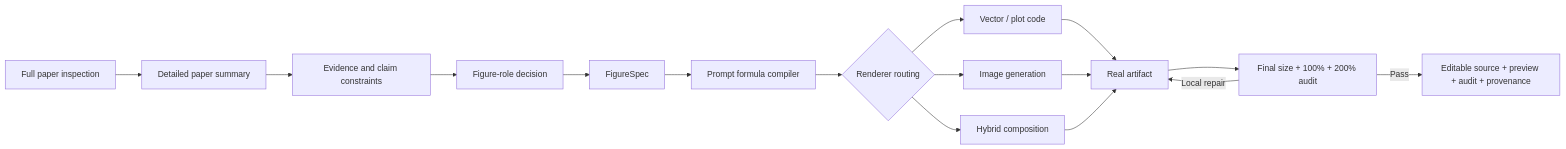
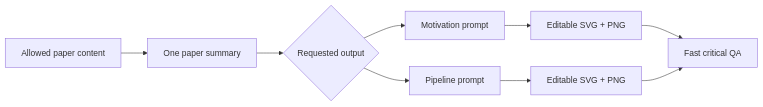
The diagram in README.md (KaiyiHu/ResearchFigureSkill), drawn with Mermaid before and after one commit. The commit also changed other lines of this file and 8 other files, not shown here.

Commit message:
Simplify research figure workflow

````diff
--- a/README.md
+++ b/README.md
@@ -14,18 +12,11 @@
 ```mermaid
 flowchart LR
-    A["Full paper inspection"] --> B["Detailed paper summary"]
-    B --> C["Evidence and claim constraints"]
-    C --> D["Figure-role decision"]
-    D --> E["FigureSpec"]
-    E --> F["Prompt formula compiler"]
-    F --> G{"Renderer routing"}
-    G --> H["Vector / plot code"]
-    G --> I["Image generation"]
-    G --> J["Hybrid composition"]
-    H --> K["Real artifact"]
-    I --> K
-    J --> K
-    K --> L["Final size + 100% + 200% audit"]
-    L -->|Local repair| K
-    L -->|Pass| M["Editable source + preview + audit + provenance"]
+    A["Allowed paper content"] --> B["One paper summary"]
+    B --> C{"Requested output"}
+    C --> D["Motivation prompt"]
+    C --> E["Pipeline prompt"]
+    D --> F["Editable SVG + PNG"]
+    E --> G["Editable SVG + PNG"]
+    F --> H["Fast critical QA"]
+    G --> H
 ```
````
